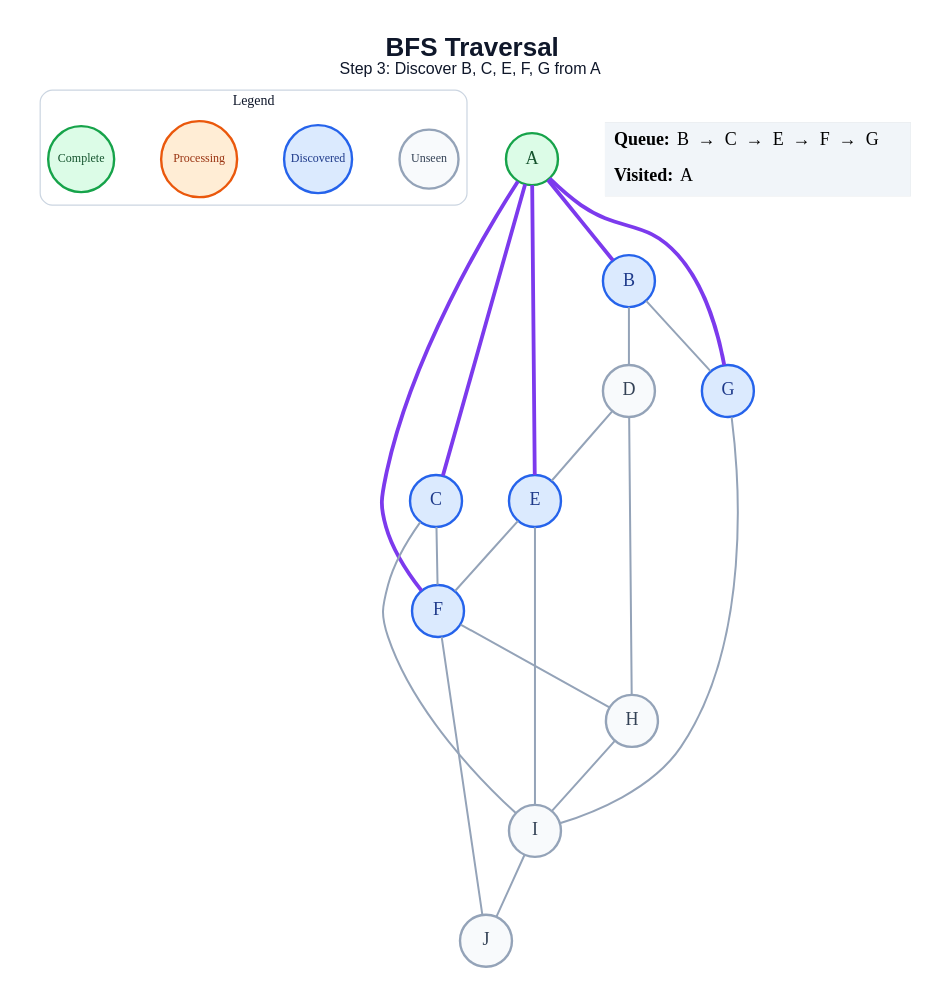
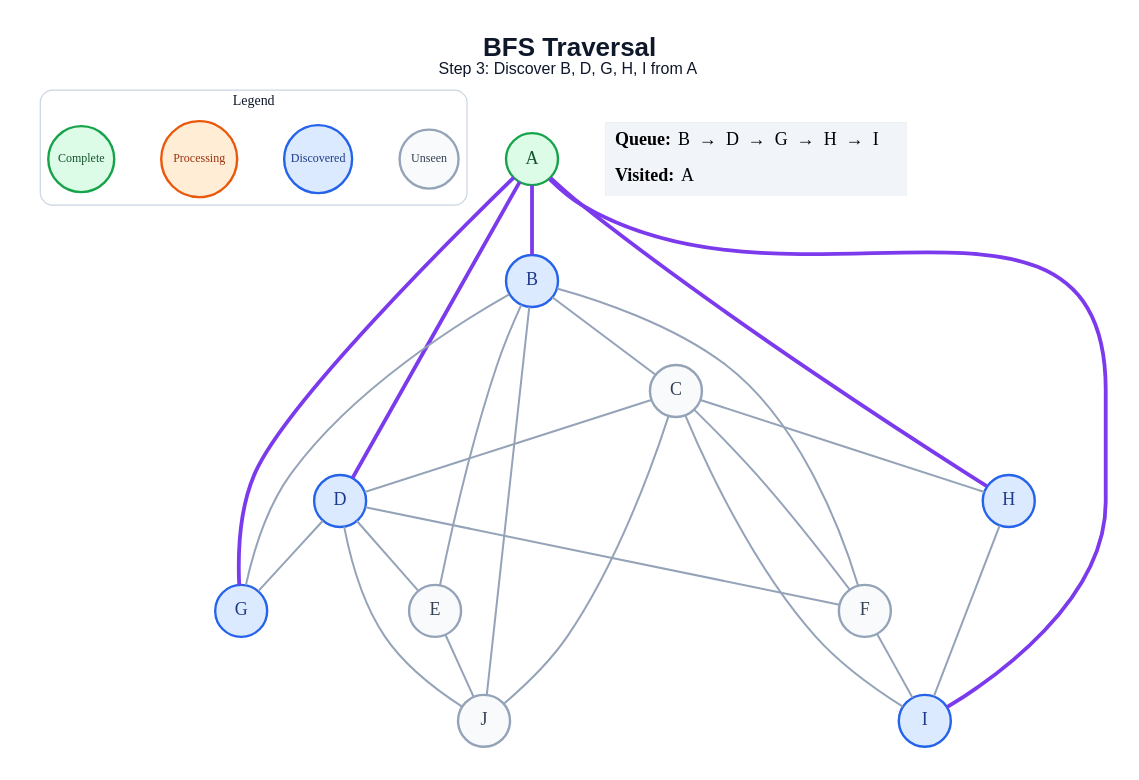
The diagram in generated/bfs/step_03.dot (amanghodawala9/ai-slop), drawn with Graphviz before and after one commit. The commit also changed 178 other files, not shown here.

```diff
--- a/generated/bfs/step_03.dot
+++ b/generated/bfs/step_03.dot
@@ -1,47 +1,51 @@
 graph traversal {
   graph [layout=dot, rankdir=TB, bgcolor="#FFFFFF", pad="0.35", nodesep="0.65", ranksep="0.8", fontname="Arial"];
   node [shape=circle, style="filled", fontname="Arial Bold", fontsize=18, width=0.72, fixedsize=true, penwidth=2.4];
   edge [color="#94A3B8", penwidth=2.0];
-  label=<<B>BFS Traversal</B><BR/><FONT POINT-SIZE="16">Step 3: Discover B, C, E, F, G from A</FONT>>; labelloc="t"; fontsize=26; fontname="Arial"; fontcolor="#0F172A";
+  label=<<B>BFS Traversal</B><BR/><FONT POINT-SIZE="16">Step 3: Discover B, D, G, H, I from A</FONT>>; labelloc="t"; fontsize=26; fontname="Arial"; fontcolor="#0F172A";
   subgraph cluster_legend { label="Legend"; color="#CBD5E1"; penwidth=1.2; style="rounded"; fontsize=14; fontname="Arial Bold";
     key_unseen [label="Unseen", fillcolor="#F8FAFC", color="#94A3B8", fontcolor="#334155", fontsize=12, width=0.82];
     key_frontier [label="Discovered", fillcolor="#DBEAFE", color="#2563EB", fontcolor="#1E3A8A", fontsize=12, width=0.95];
     key_current [label="Processing", fillcolor="#FFEDD5", color="#EA580C", fontcolor="#9A3412", fontsize=12, width=1.05];
     key_done [label="Complete", fillcolor="#DCFCE7", color="#16A34A", fontcolor="#14532D", fontsize=12, width=0.92];
     { rank=same; key_unseen; key_frontier; key_current; key_done; }
   }
   A [fillcolor="#DCFCE7", color="#16A34A", fontcolor="#14532D"];
   B [fillcolor="#DBEAFE", color="#2563EB", fontcolor="#1E3A8A"];
-  C [fillcolor="#DBEAFE", color="#2563EB", fontcolor="#1E3A8A"];
-  D [fillcolor="#F8FAFC", color="#94A3B8", fontcolor="#334155"];
-  E [fillcolor="#DBEAFE", color="#2563EB", fontcolor="#1E3A8A"];
-  F [fillcolor="#DBEAFE", color="#2563EB", fontcolor="#1E3A8A"];
+  C [fillcolor="#F8FAFC", color="#94A3B8", fontcolor="#334155"];
+  D [fillcolor="#DBEAFE", color="#2563EB", fontcolor="#1E3A8A"];
+  E [fillcolor="#F8FAFC", color="#94A3B8", fontcolor="#334155"];
+  F [fillcolor="#F8FAFC", color="#94A3B8", fontcolor="#334155"];
   G [fillcolor="#DBEAFE", color="#2563EB", fontcolor="#1E3A8A"];
-  H [fillcolor="#F8FAFC", color="#94A3B8", fontcolor="#334155"];
-  I [fillcolor="#F8FAFC", color="#94A3B8", fontcolor="#334155"];
+  H [fillcolor="#DBEAFE", color="#2563EB", fontcolor="#1E3A8A"];
+  I [fillcolor="#DBEAFE", color="#2563EB", fontcolor="#1E3A8A"];
   J [fillcolor="#F8FAFC", color="#94A3B8", fontcolor="#334155"];
   A -- B [color="#7C3AED", penwidth=3.8];
-  A -- C [color="#7C3AED", penwidth=3.8];
-  A -- E [color="#7C3AED", penwidth=3.8];
-  A -- F [color="#7C3AED", penwidth=3.8];
+  A -- D [color="#7C3AED", penwidth=3.8];
   A -- G [color="#7C3AED", penwidth=3.8];
-  B -- D;
+  A -- H [color="#7C3AED", penwidth=3.8];
+  A -- I [color="#7C3AED", penwidth=3.8];
+  B -- C;
+  B -- E;
+  B -- F;
   B -- G;
+  B -- J;
+  C -- D;
   C -- F;
+  C -- H;
   C -- I;
+  C -- J;
   D -- E;
-  D -- H;
-  E -- F;
-  E -- I;
-  F -- H;
-  F -- J;
-  G -- I;
+  D -- F;
+  D -- G;
+  D -- J;
+  E -- J;
+  F -- I;
   H -- I;
-  I -- J;
   status [shape=plain, fixedsize=false, width=0, height=0, margin=0, label=<
     <TABLE BORDER="0" CELLBORDER="0" CELLPADDING="7" BGCOLOR="#F1F5F9">
-      <TR><TD ALIGN="LEFT"><B>Queue:</B> B  →  C  →  E  →  F  →  G</TD></TR>
+      <TR><TD ALIGN="LEFT"><B>Queue:</B> B  →  D  →  G  →  H  →  I</TD></TR>
       <TR><TD ALIGN="LEFT"><B>Visited:</B> A</TD></TR>
     </TABLE>
   >];
 }
```
